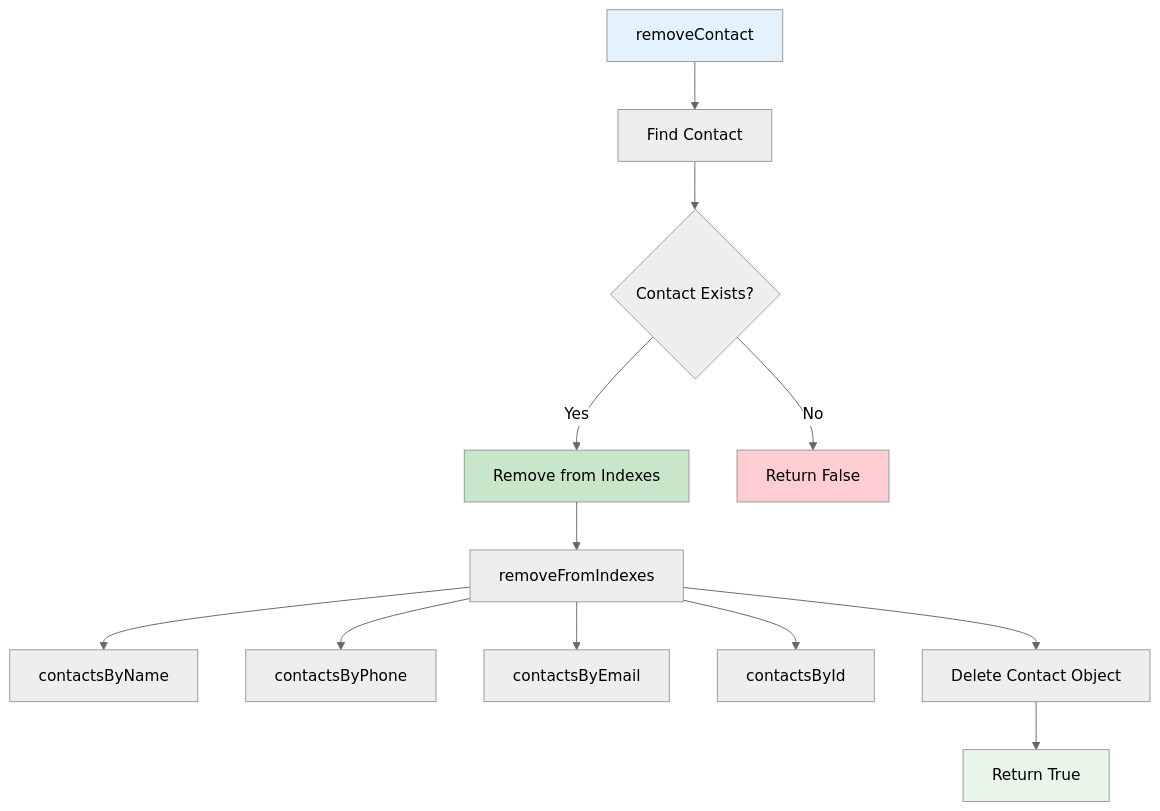
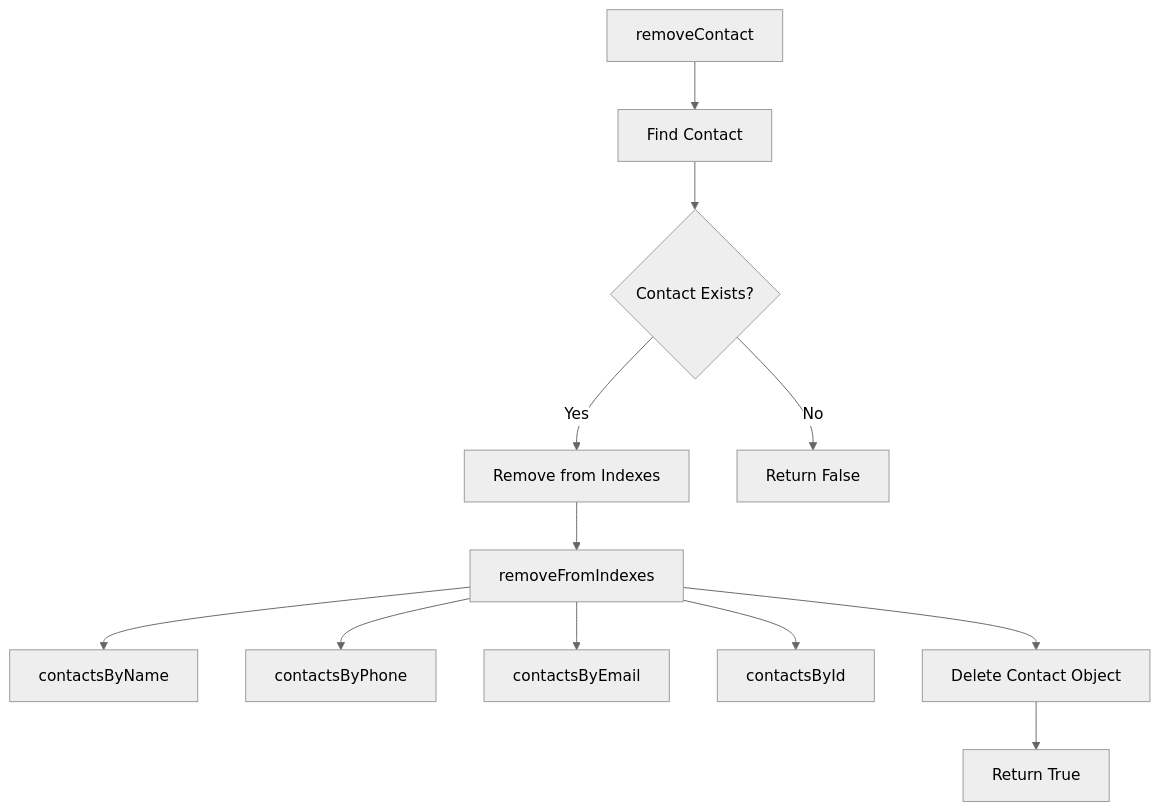
Diagram 13 of 14 in DATA_STRUCTURES_TREES.md (TaiLoiZzzz/DSA_PROJECT), drawn with Mermaid (neutral theme) before and after one commit. The commit also changed other lines of this file, not shown here.

````diff
--- a/DATA_STRUCTURES_TREES.md
+++ b/DATA_STRUCTURES_TREES.md
@@ -305,22 +247,17 @@
 ```mermaid
 graph TD
     A[removeContact] --> B[Find Contact]
     B --> C{Contact Exists?}
-    
+
     C -->|Yes| D[Remove from Indexes]
     C -->|No| E[Return False]
-    
+
     D --> D1[removeFromIndexes]
     D1 --> F1[contactsByName]
     D1 --> F2[contactsByPhone]
     D1 --> F3[contactsByEmail]
     D1 --> F4[contactsById]
-    
+
     D1 --> G[Delete Contact Object]
     G --> H[Return True]
-    
-    style A fill:#e3f2fd
-    style D fill:#c8e6c9
-    style E fill:#ffcdd2
-    style H fill:#e8f5e8
 ```
````
